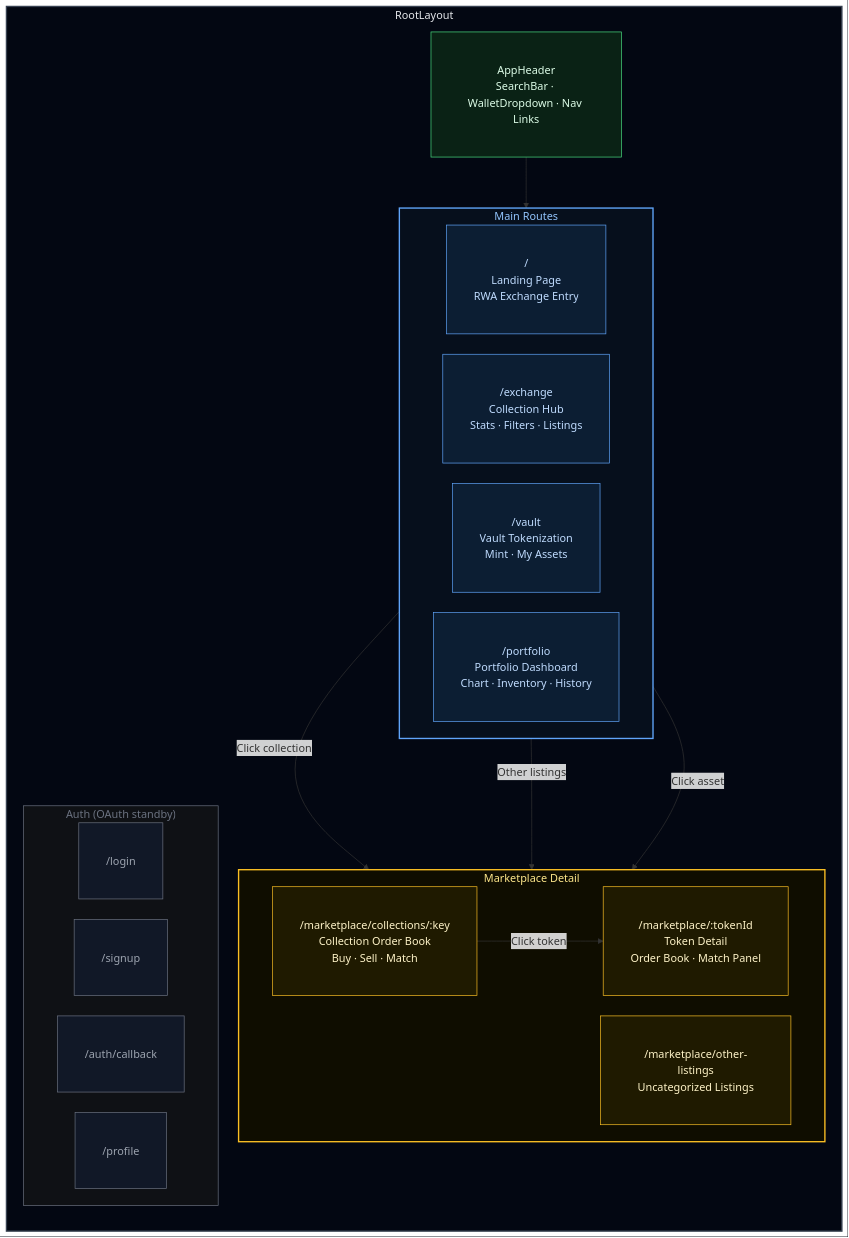
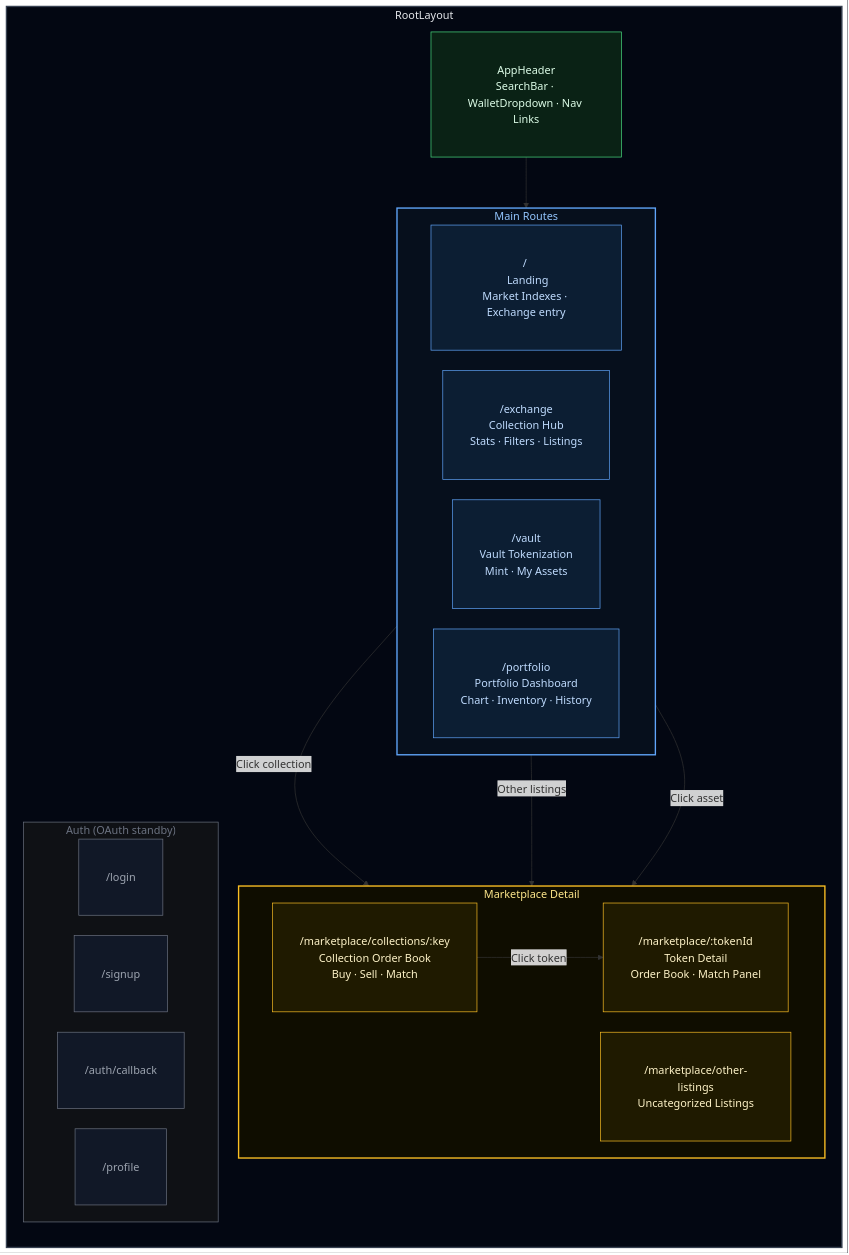
One commit to tokenable-dev/tokenable-dev changed the sixth of 11 diagrams in docs/diagrams/marketplace-lifecycle.en.md. Above: the diagram before and after it, drawn with Mermaid. The commit also changed other lines of this file and 26 other files, not shown here.

````diff
--- a/docs/diagrams/marketplace-lifecycle.en.md
+++ b/docs/diagrams/marketplace-lifecycle.en.md
@@ -361,47 +363,47 @@
 ```mermaid
 %%{init: {'flowchart': {'rankSpacing': 50, 'nodeSpacing': 30, 'padding': 20}}}%%
 flowchart TD
     classDef page   fill:#0c1e33,stroke:#60a5fa,color:#bfdbfe,padding:8px 14px
     classDef detail fill:#1f1a00,stroke:#fbbf24,color:#fef3c7,padding:8px 14px
     classDef auth   fill:#111827,stroke:#6b7280,color:#9ca3af,padding:8px 14px
     classDef layout fill:#0a2215,stroke:#4ade80,color:#dcfce7,padding:8px 14px
 
     subgraph ROOT ["RootLayout"]
         direction TB
         HEADER["AppHeader<br/>SearchBar · WalletDropdown · Nav Links"]:::layout
 
         subgraph NAV ["Main Routes"]
             direction LR
-            HOME["/ <br/> Landing Page<br/>RWA Exchange Entry"]:::page
+            HOME["/ <br/> Landing<br/>Market Indexes · Exchange entry"]:::page
             EXCHANGE["/exchange<br/>Collection Hub<br/>Stats · Filters · Listings"]:::page
             VAULT["/vault<br/>Vault Tokenization<br/>Mint · My Assets"]:::page
             PORTFOLIO["/portfolio<br/>Portfolio Dashboard<br/>Chart · Inventory · History"]:::page
         end
 
         subgraph MARKET ["Marketplace Detail"]
             direction LR
             COLLECTION["/marketplace/collections/:key<br/>Collection Order Book<br/>Buy · Sell · Match"]:::detail
             TOKEN["/marketplace/:tokenId<br/>Token Detail<br/>Order Book · Match Panel"]:::detail
             OTHER["/marketplace/other-listings<br/>Uncategorized Listings"]:::detail
         end
 
         subgraph AUTHPAGES ["Auth (OAuth standby)"]
             direction LR
             LOGIN["/login"]:::auth
             SIGNUP["/signup"]:::auth
             CALLBACK["/auth/callback"]:::auth
             PROFILE["/profile"]:::auth
         end
     end
 
     HEADER --> NAV
     EXCHANGE -->|"Click collection"| COLLECTION
     EXCHANGE -->|"Other listings"| OTHER
     COLLECTION -->|"Click token"| TOKEN
     PORTFOLIO -->|"Click asset"| TOKEN
 
     style ROOT fill:#030712,stroke:#374151,stroke-width:2px,color:#e5e7eb
     style NAV fill:#060f1c,stroke:#60a5fa,stroke-width:2px,color:#93c5fd
     style MARKET fill:#0f0d00,stroke:#fbbf24,stroke-width:2px,color:#fde68a
     style AUTHPAGES fill:#0f1115,stroke:#6b7280,stroke-width:1px,color:#6b7280
 ```
````
